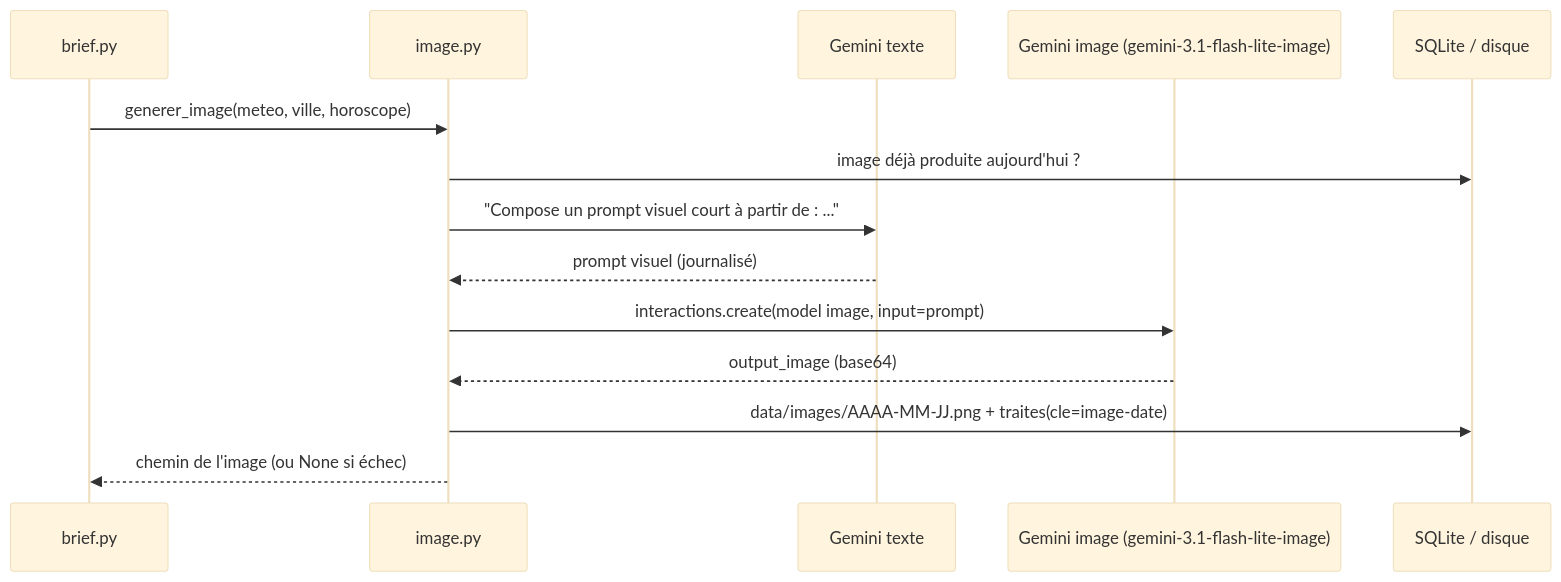
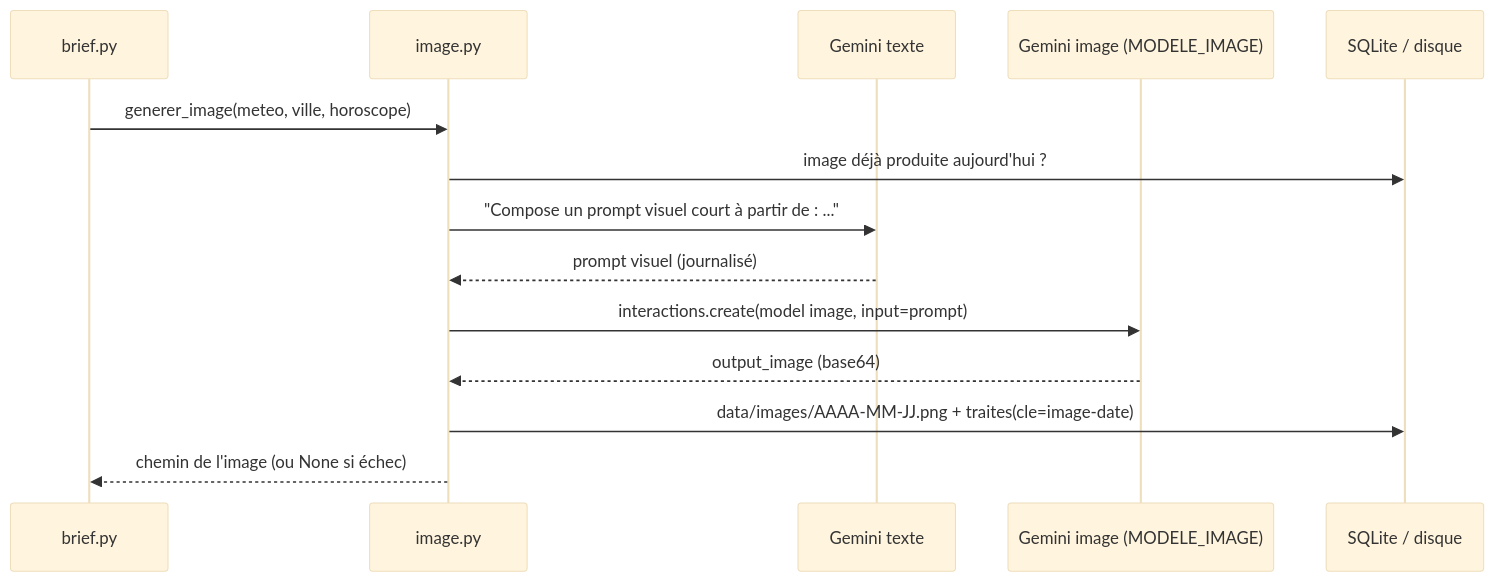
One commit to lecinquiemejour-code/goodvibe-tuto changed diagram 27 of 38 in tuto-goodvibe-vibecoding.md. Above: the diagram before and after it, drawn with Mermaid (base theme). The commit also changed other lines of this file and 2 other files, not shown here.

````diff
--- a/tuto-goodvibe-vibecoding.md
+++ b/tuto-goodvibe-vibecoding.md
@@ -877,16 +884,16 @@
 ```mermaid
 sequenceDiagram
     participant B as brief.py
     participant I as image.py
     participant G as Gemini texte
-    participant N as Gemini image (gemini-3.1-flash-lite-image)
+    participant N as Gemini image (MODELE_IMAGE)
     participant D as SQLite / disque
     B->>I: generer_image(meteo, ville, horoscope)
     I->>D: image déjà produite aujourd'hui ?
     I->>G: "Compose un prompt visuel court à partir de : ..."
     G-->>I: prompt visuel (journalisé)
     I->>N: interactions.create(model image, input=prompt)
     N-->>I: output_image (base64)
     I->>D: data/images/AAAA-MM-JJ.png + traites(cle=image-date)
     I-->>B: chemin de l'image (ou None si échec)
 ```
````
